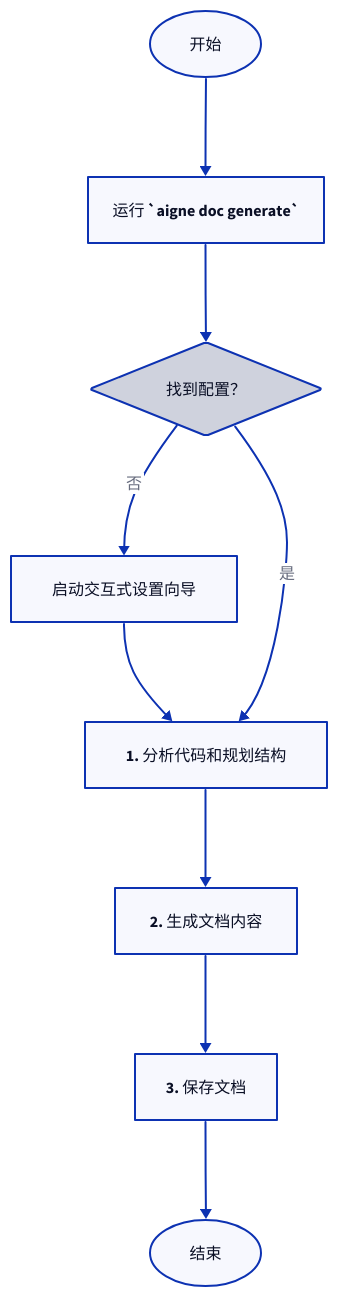
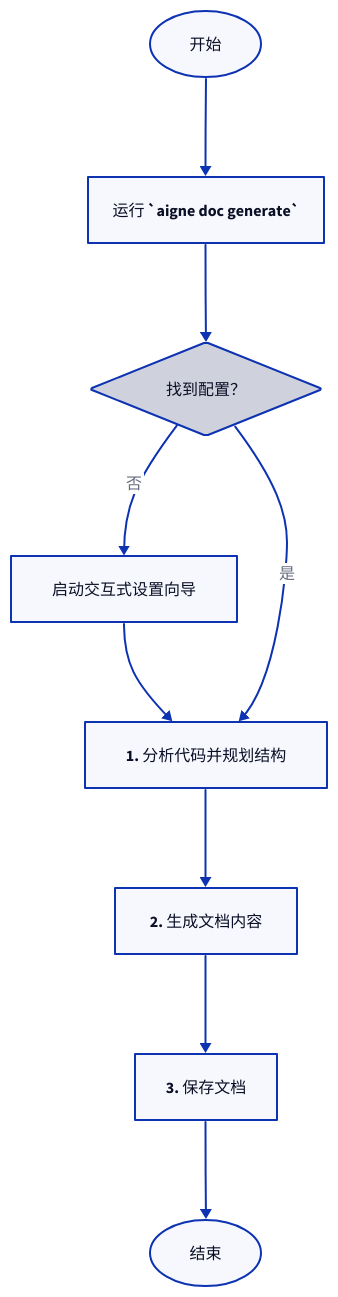
Before and after one commit to AIGNE-io/aigne-doc-smith: the diagram in docs/features-generate-documentation.zh.md, drawn with D2. The commit also changed other lines of this file and 27 other files, not shown here.

````diff
--- a/docs/features-generate-documentation.zh.md
+++ b/docs/features-generate-documentation.zh.md
@@ -41,44 +40,44 @@
 ```d2
 direction: down
 
 start: "开始" {
   shape: oval
 }
 
 run_cmd: "运行 `aigne doc generate`" {
   shape: rectangle
 }
 
 check_config: "找到配置？" {
   shape: diamond
 }
 
 interactive_setup: "启动交互式设置向导" {
   shape: rectangle
 }
 
-plan_structure: "1. 分析代码和规划结构" {
+plan_structure: "1. 分析代码并规划结构" {
   shape: rectangle
 }
 
 gen_content: "2. 生成文档内容" {
   shape: rectangle
 }
 
 save_docs: "3. 保存文档" {
   shape: rectangle
 }
 
 end: "结束" {
   shape: oval
 }
 
 start -> run_cmd
 run_cmd -> check_config
 check_config -> interactive_setup: "否"
 interactive_setup -> plan_structure
 check_config -> plan_structure: "是"
 plan_structure -> gen_content
 gen_content -> save_docs
 save_docs -> end
 ```
````
